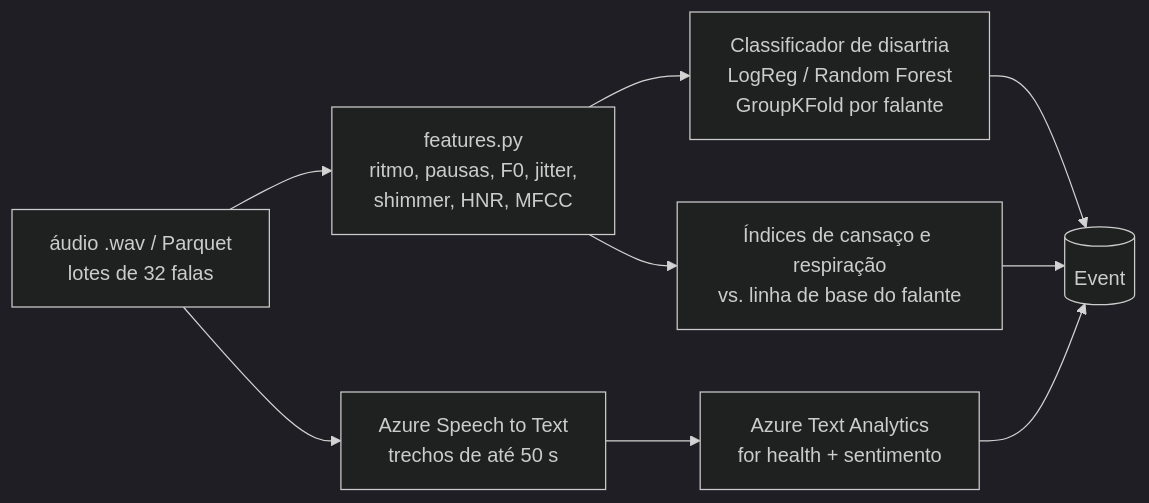
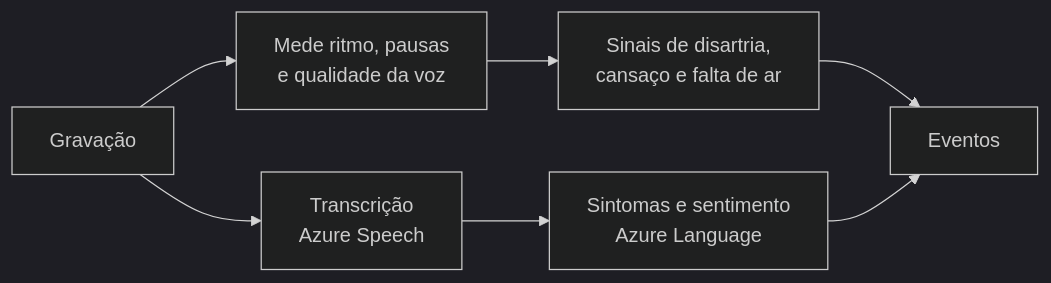
Before and after one commit to BrunoAkira/IA-Multimodal-Hospital: the third of 6 diagrams in ARCHITECTURE.md, drawn with Mermaid (dark theme). The commit also changed other lines of this file and 21 other files, not shown here.

````diff
--- a/ARCHITECTURE.md
+++ b/ARCHITECTURE.md
@@ -143,9 +51,9 @@
 ```mermaid
 flowchart LR
-    W[áudio .wav / Parquet<br/>lotes de 32 falas] --> F[features.py<br/>ritmo, pausas, F0, jitter,<br/>shimmer, HNR, MFCC]
-    F --> C1[Classificador de disartria<br/>LogReg / Random Forest<br/>GroupKFold por falante]
-    F --> C2[Índices de cansaço e respiração<br/>vs. linha de base do falante]
-    W --> STT[Azure Speech to Text<br/>trechos de até 50 s]
-    STT --> TA[Azure Text Analytics<br/>for health + sentimento]
-    C1 & C2 & TA --> EV[(Event)]
+    A[Gravação] --> B[Mede ritmo, pausas<br/>e qualidade da voz]
+    B --> C[Sinais de disartria,<br/>cansaço e falta de ar]
+    A --> D[Transcrição<br/>Azure Speech]
+    D --> E[Sintomas e sentimento<br/>Azure Language]
+    C --> F[Eventos]
+    E --> F
 ```
````
